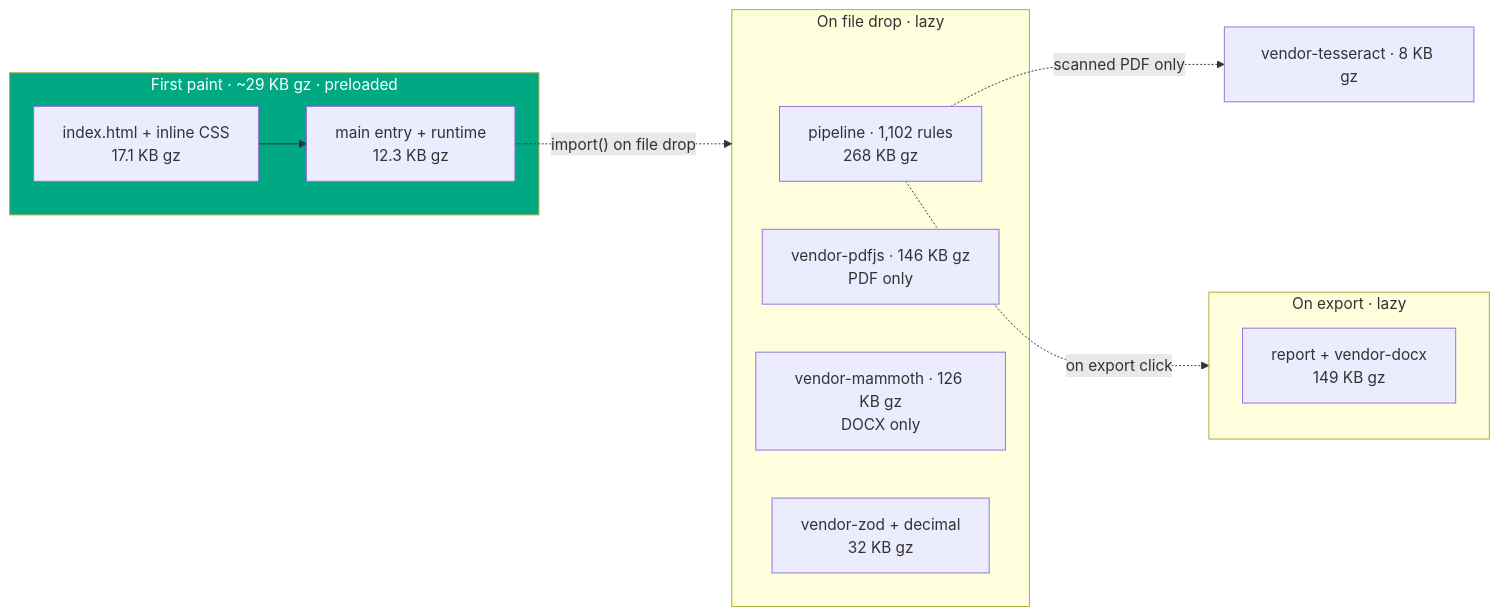
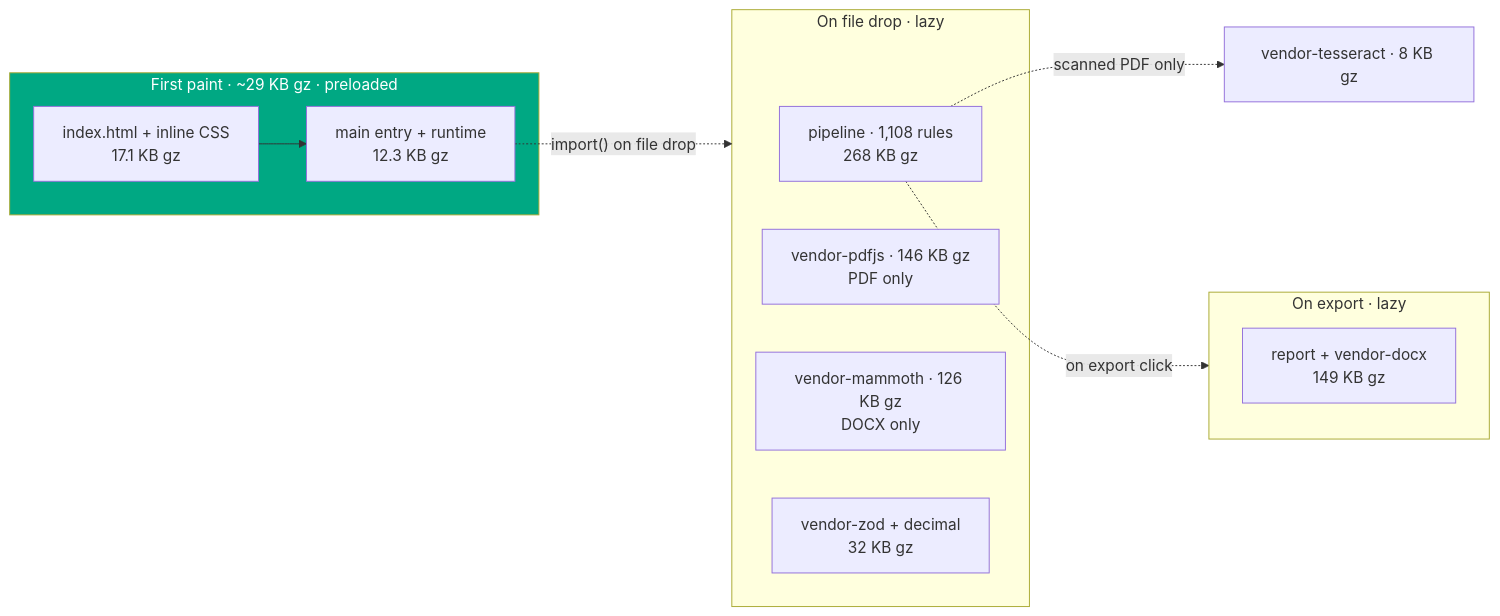
The tenth of 11 diagrams in README.md (clay-good/vaulytica), drawn with Mermaid before and after one commit. The commit also changed other lines of this file and 108 other files, not shown here.

````diff
--- a/README.md
+++ b/README.md
@@ -1266,19 +1266,19 @@
 ```mermaid
 flowchart LR
   subgraph FP["First paint · ~29 KB gz · preloaded"]
     H[index.html + inline CSS<br/>17.1 KB gz] --> M[main entry + runtime<br/>12.3 KB gz]
   end
   M -. "import() on file drop" .-> DROP
   subgraph DROP["On file drop · lazy"]
-    P[pipeline · 1,102 rules<br/>268 KB gz]
+    P[pipeline · 1,108 rules<br/>268 KB gz]
     PDF[vendor-pdfjs · 146 KB gz<br/>PDF only]
     DOCXIN[vendor-mammoth · 126 KB gz<br/>DOCX only]
     Z[vendor-zod + decimal<br/>32 KB gz]
   end
   P -. "on export click" .-> EXP
   subgraph EXP["On export · lazy"]
     RPT[report + vendor-docx<br/>149 KB gz]
   end
   P -. "scanned PDF only" .-> OCR[vendor-tesseract · 8 KB gz]
   style FP fill:#00A883,color:#fff
 ```
````
